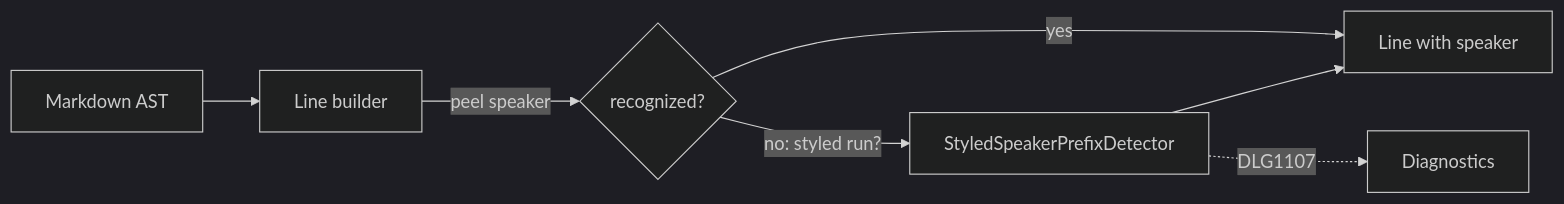
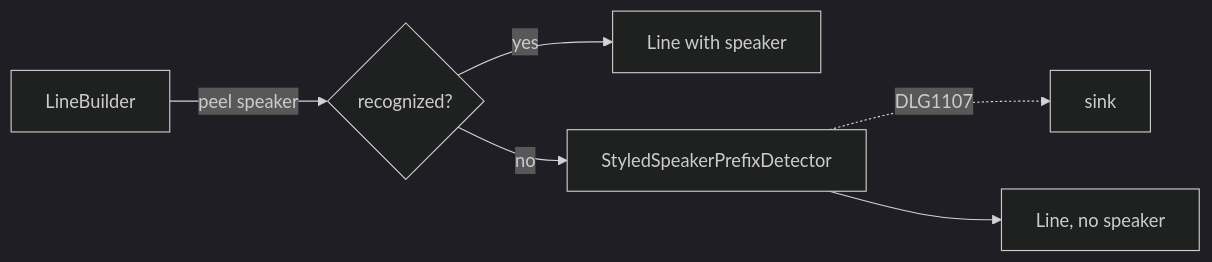
The diagram in docs/contributing/design-notes/diagnostics/Styled Speaker Prefix Diagnostic.md (pengzhengyi/dialoguedown), drawn with Mermaid (dark theme) before and after one commit. The commit also changed other lines of this file and 124 other files, not shown here.

````diff
--- a/docs/contributing/design-notes/diagnostics/Styled Speaker Prefix Diagnostic.md
+++ b/docs/contributing/design-notes/diagnostics/Styled Speaker Prefix Diagnostic.md
@@ -121,9 +53,8 @@
 ```mermaid
 flowchart LR
-    MD["Markdown AST"] --> LB["Line builder"]
-    LB -->|"peel speaker"| PEEL{"recognized?"}
-    PEEL -->|"yes"| LINE["Line with speaker"]
-    PEEL -->|"no: styled run?"| DET["StyledSpeakerPrefixDetector"]
-    DET -. "DLG1107" .-> DIAG["Diagnostics"]
-    DET --> LINE
+    LB["LineBuilder"] -->|"peel speaker"| PEEL{"recognized?"}
+    PEEL -->|yes| LINE["Line with speaker"]
+    PEEL -->|no| DET["StyledSpeakerPrefixDetector"]
+    DET -. "DLG1107" .-> DIAG["sink"]
+    DET --> LINE2["Line, no speaker"]
 ```
````
